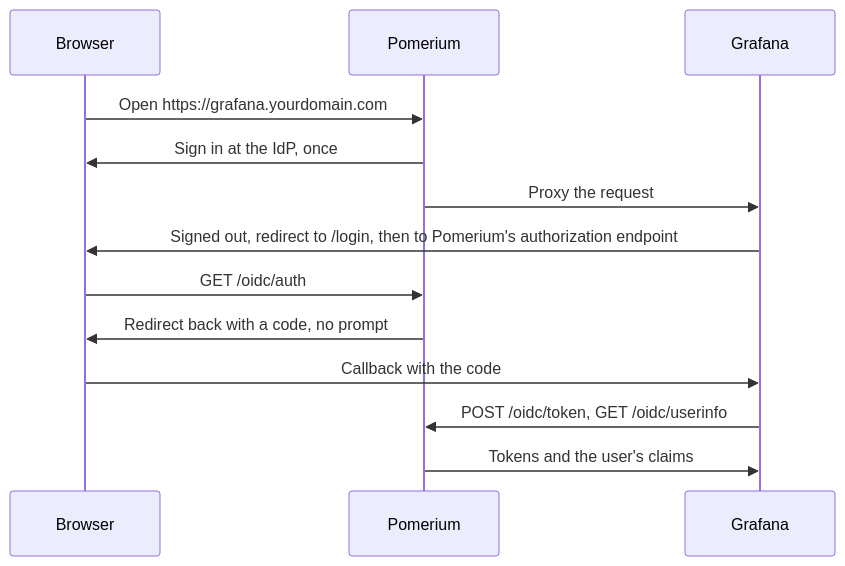
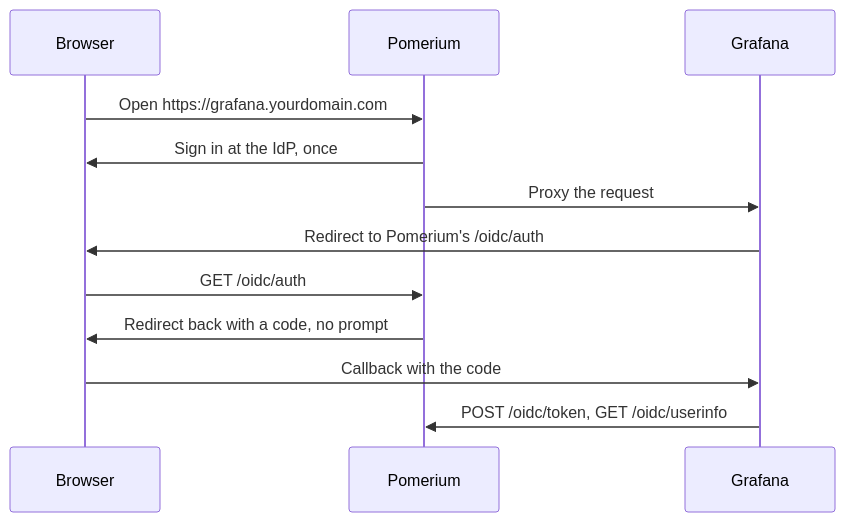
The first of 2 diagrams in content/docs/guides/grafana.mdx (pomerium/documentation), drawn with Mermaid before and after one commit. The commit also changed other lines of this file, not shown here.

````diff
--- a/content/docs/guides/grafana.mdx
+++ b/content/docs/guides/grafana.mdx
@@ -78,15 +65,14 @@
 ```mermaid
 sequenceDiagram
   participant B as Browser
   participant P as Pomerium
   participant G as Grafana
   B->>P: Open https://grafana.yourdomain.com
   P->>B: Sign in at the IdP, once
   P->>G: Proxy the request
-  G->>B: Signed out, redirect to /login, then to Pomerium's authorization endpoint
+  G->>B: Redirect to Pomerium's /oidc/auth
   B->>P: GET /oidc/auth
   P->>B: Redirect back with a code, no prompt
   B->>G: Callback with the code
   G->>P: POST /oidc/token, GET /oidc/userinfo
-  P->>G: Tokens and the user's claims
 ```
````
